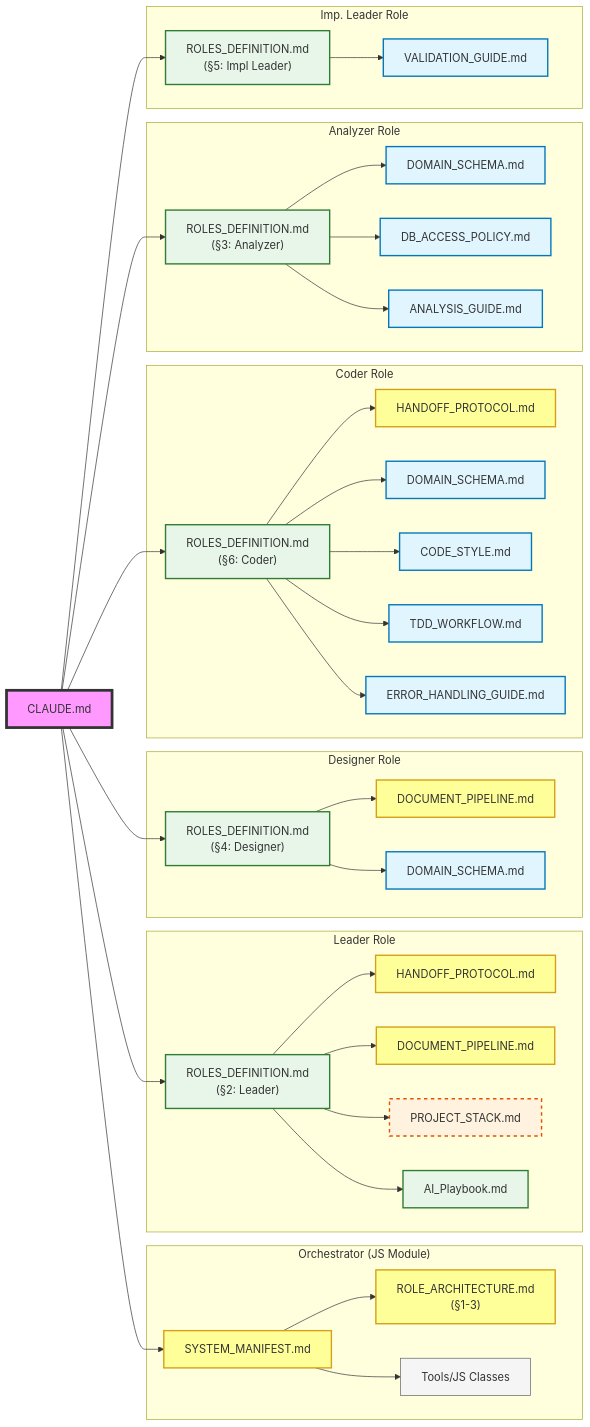
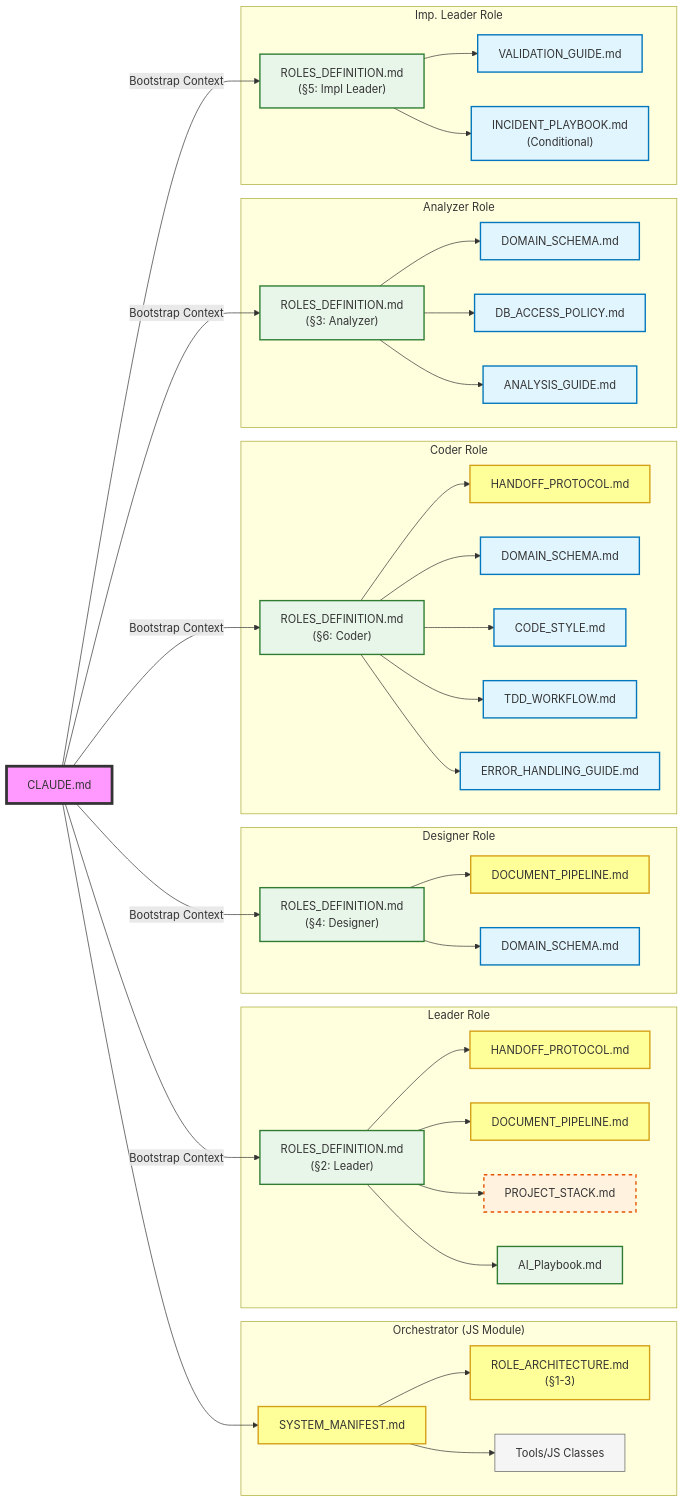
Before and after one commit to Jelly1104/orchestrator: the second of 7 diagrams in ATO-System-B/.claude/README.md, drawn with Mermaid. The commit also changed other lines of this file and 150 other files, not shown here.

````diff
--- a/ATO-System-B/.claude/README.md
+++ b/ATO-System-B/.claude/README.md
@@ -143,14 +164,15 @@
     subgraph IMPLEADER ["Imp. Leader Role"]
         I_ROLES["ROLES_DEFINITION.md<br/>(§5: Impl Leader)"]:::def
         I_VALID["VALIDATION_GUIDE.md"]:::rule
+        I_INCIDENT["INCIDENT_PLAYBOOK.md<br/>(Conditional)"]:::rule
     end
 
     ROOT --> ORC_MAN
-    ROOT --> L_ROLES
-    ROOT --> D_ROLES
-    ROOT --> C_ROLES
-    ROOT --> A_ROLES
-    ROOT --> I_ROLES
+    ROOT -->|Bootstrap Context| L_ROLES
+    ROOT -->|Bootstrap Context| D_ROLES
+    ROOT -->|Bootstrap Context| C_ROLES
+    ROOT -->|Bootstrap Context| A_ROLES
+    ROOT -->|Bootstrap Context| I_ROLES
 
     ORC_MAN --> ORC_ARCH
     ORC_MAN --> ORC_TOOLS
@@ -174,4 +196,5 @@
     A_ROLES --> A_ANALYSIS
 
     I_ROLES --> I_VALID
+    I_ROLES --> I_INCIDENT
 ```
````
